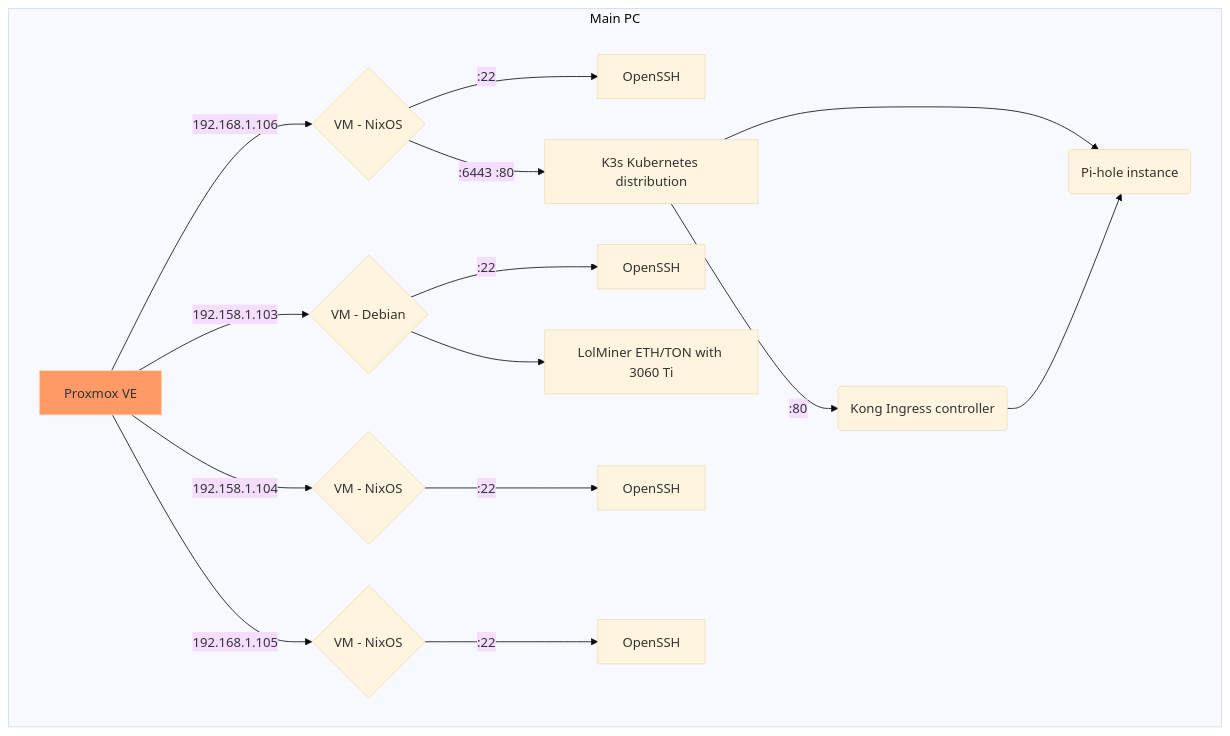
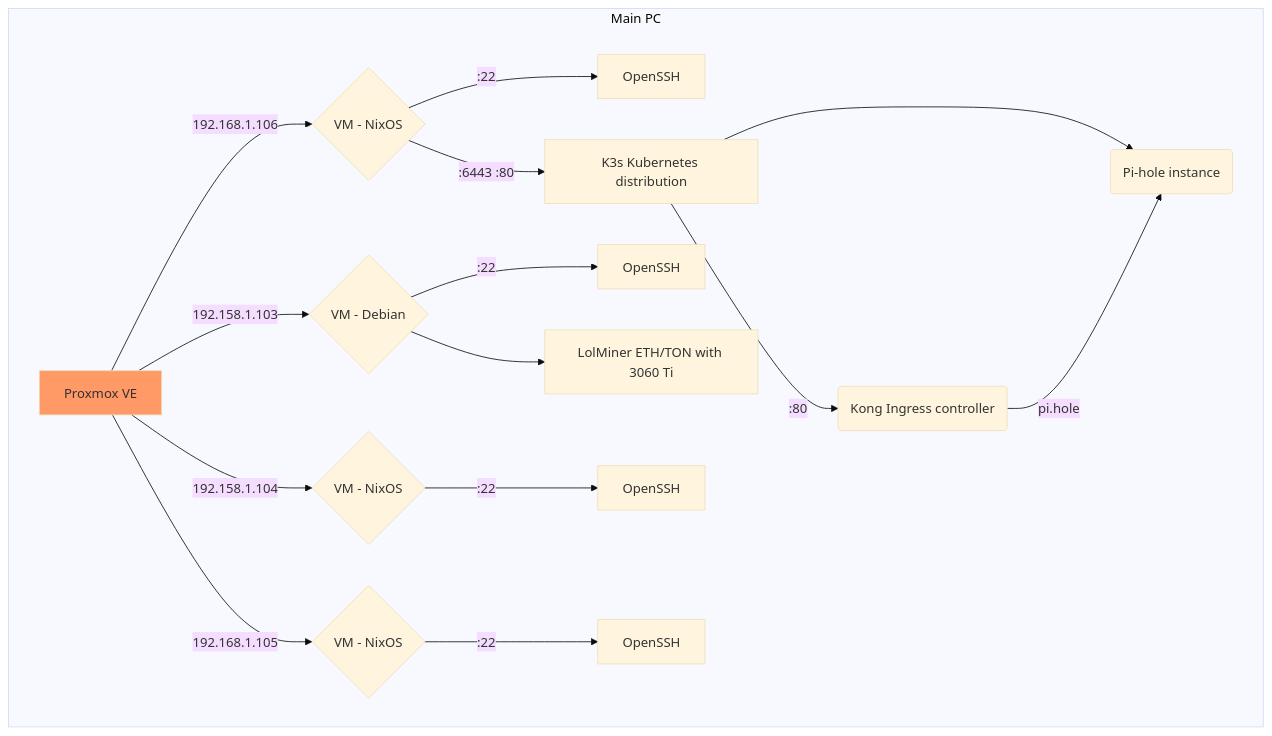
One commit to portothree/dotfiles changed the diagram in homelab/README.md. Above: the diagram before and after it, drawn with Mermaid (base theme).

Commit message:
docs: update diagram

````diff
--- a/homelab/README.md
+++ b/homelab/README.md
@@ -3,21 +3,21 @@
 ```mermaid
 graph TD
 	subgraph Main PC
 		A[Proxmox VE] -->|192.168.1.106| 100{VM - NixOS};
 		100 -->|:22| 100_ssh[OpenSSH];
 		100 -->|:6443 :80| K3s[K3s Kubernetes distribution];
 		K3s -->|:80| Kong(Kong Ingress controller);
 		K3s --> Pi-hole(Pi-hole instance);
-		Kong --> Pi-hole;
+		Kong -->|pi.hole| Pi-hole;
 		A -->|192.158.1.103| 102{VM - Debian};
 		102 -->|:22| 102_ssh[OpenSSH];
 		102 --> lolminer[LolMiner ETH/TON with 3060 Ti];
 		A -->|192.158.1.104| 103{VM - NixOS};
 		103 -->|:22| 103_ssh[OpenSSH];
 		A -->|192.168.1.105| 104{VM - NixOS};
 		104 -->|:22| 104_ssh[OpenSSH];
 	end
 	
 	classDef orange fill:#f96;
 	class A orange
 ```
````
